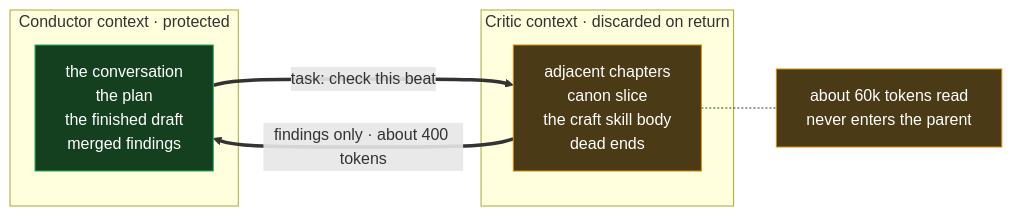
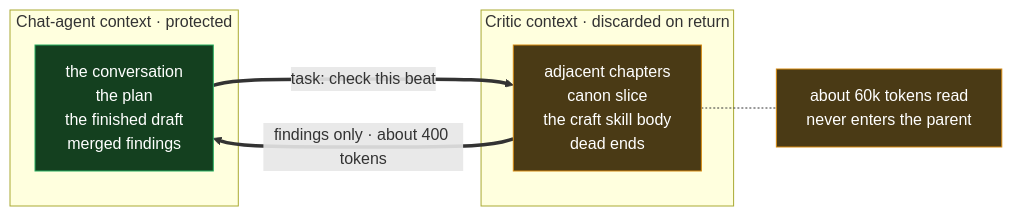
One commit to jsroga/nomos changed the fifth of 10 diagrams in .spec/opus/architecture-review/diagrams.md. Above: the diagram before and after it, drawn with Mermaid. The commit also changed other lines of this file and 14 other files, not shown here.

Commit message:
doc(spec): architecture plan second opinion

````diff
--- a/.spec/opus/architecture-review/diagrams.md
+++ b/.spec/opus/architecture-review/diagrams.md
@@ -191,21 +191,21 @@
 ```mermaid
 flowchart LR
-    subgraph P["Conductor context · protected"]
+    subgraph P["Chat-agent context · protected"]
         PC["the conversation<br/>the plan<br/>the finished draft<br/>merged findings"]
     end
 
     subgraph S["Critic context · discarded on return"]
         SC["adjacent chapters<br/>canon slice<br/>the craft skill body<br/>dead ends"]
     end
 
     PC ==>|"task: check this beat"| SC
     SC ==>|"findings only · about 400 tokens"| PC
 
     NOTE["about 60k tokens read<br/>never enters the parent"]
     SC -.- NOTE
 
     classDef prot fill:#14401f,stroke:#27ae60,color:#fff
     classDef temp fill:#4a3a15,stroke:#d68910,color:#fff
     class PC prot
     class SC,NOTE temp
 ```
````
